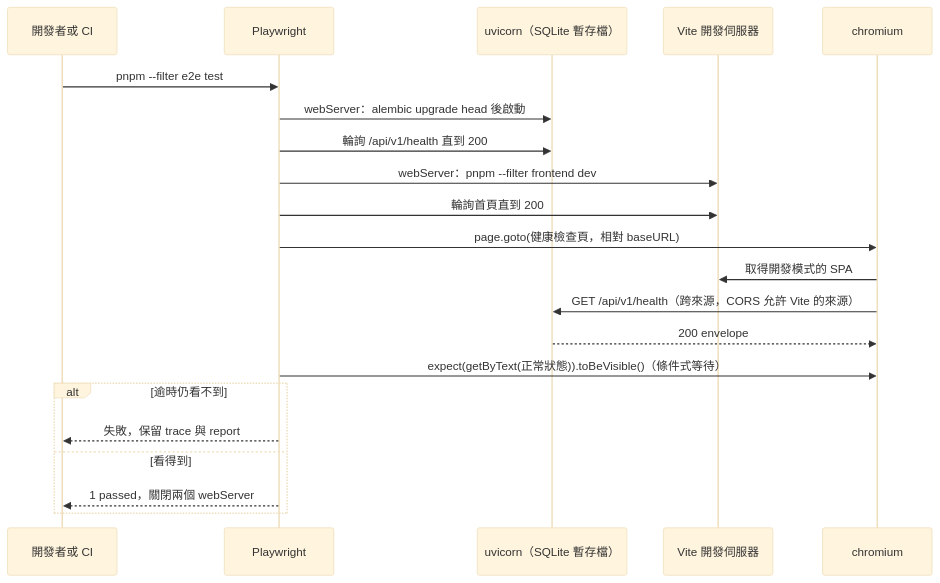
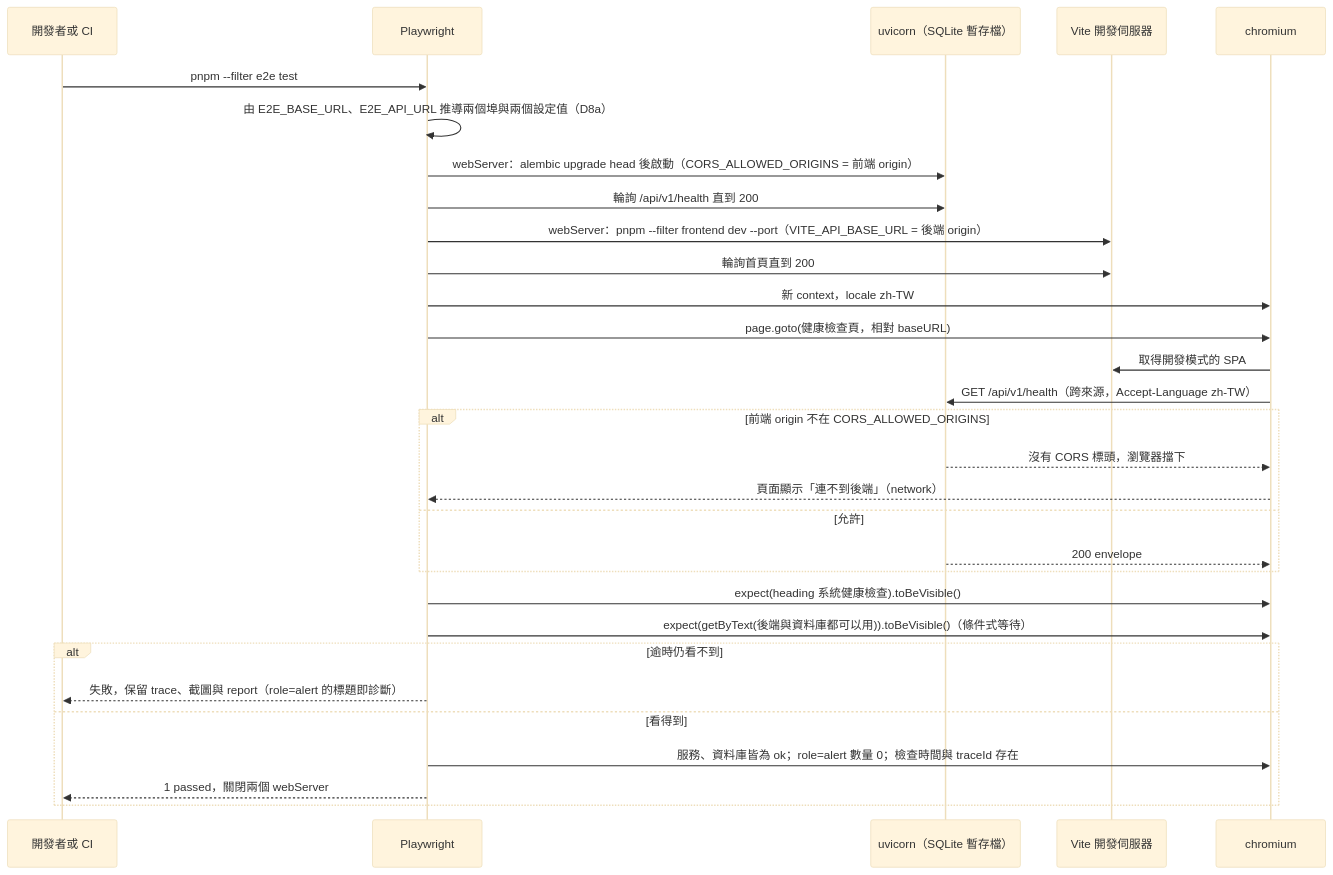
One commit to label-suite/label-suite changed the fifth of 12 diagrams in openspec/changes/infra-compose-e2e-ci/system-design.md. Above: the diagram before and after it, drawn with Mermaid (base theme). The commit also changed other lines of this file, not shown here.

````diff
--- a/openspec/changes/infra-compose-e2e-ci/system-design.md
+++ b/openspec/changes/infra-compose-e2e-ci/system-design.md
@@ -343,23 +363,32 @@
 ```mermaid
 sequenceDiagram
   participant Runner as 開發者或 CI
   participant PW as Playwright
   participant BE as uvicorn（SQLite 暫存檔）
   participant Vite as Vite 開發伺服器
   participant Browser as chromium
   Runner->>PW: pnpm --filter e2e test
-  PW->>BE: webServer：alembic upgrade head 後啟動
+  PW->>PW: 由 E2E_BASE_URL、E2E_API_URL 推導兩個埠與兩個設定值（D8a）
+  PW->>BE: webServer：alembic upgrade head 後啟動（CORS_ALLOWED_ORIGINS = 前端 origin）
   PW->>BE: 輪詢 /api/v1/health 直到 200
-  PW->>Vite: webServer：pnpm --filter frontend dev
+  PW->>Vite: webServer：pnpm --filter frontend dev --port（VITE_API_BASE_URL = 後端 origin）
   PW->>Vite: 輪詢首頁直到 200
+  PW->>Browser: 新 context，locale zh-TW
   PW->>Browser: page.goto(健康檢查頁，相對 baseURL)
   Browser->>Vite: 取得開發模式的 SPA
-  Browser->>BE: GET /api/v1/health（跨來源，CORS 允許 Vite 的來源）
-  BE-->>Browser: 200 envelope
-  PW->>Browser: expect(getByText(正常狀態)).toBeVisible()（條件式等待）
+  Browser->>BE: GET /api/v1/health（跨來源，Accept-Language zh-TW）
+  alt 前端 origin 不在 CORS_ALLOWED_ORIGINS
+    BE-->>Browser: 沒有 CORS 標頭，瀏覽器擋下
+    Browser-->>PW: 頁面顯示「連不到後端」（network）
+  else 允許
+    BE-->>Browser: 200 envelope
+  end
+  PW->>Browser: expect(heading 系統健康檢查).toBeVisible()
+  PW->>Browser: expect(getByText(後端與資料庫都可以用)).toBeVisible()（條件式等待）
   alt 逾時仍看不到
-    PW-->>Runner: 失敗，保留 trace 與 report
+    PW-->>Runner: 失敗，保留 trace、截圖與 report（role=alert 的標題即診斷）
   else 看得到
+    PW->>Browser: 服務、資料庫皆為 ok；role=alert 數量 0；檢查時間與 traceId 存在
     PW-->>Runner: 1 passed，關閉兩個 webServer
   end
 ```
````
